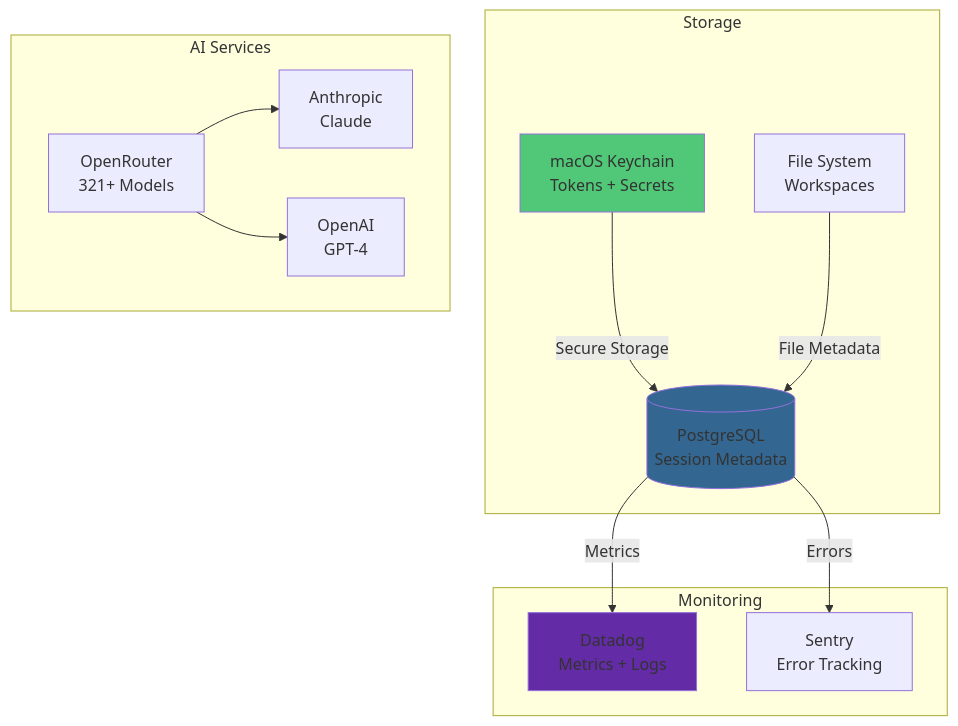
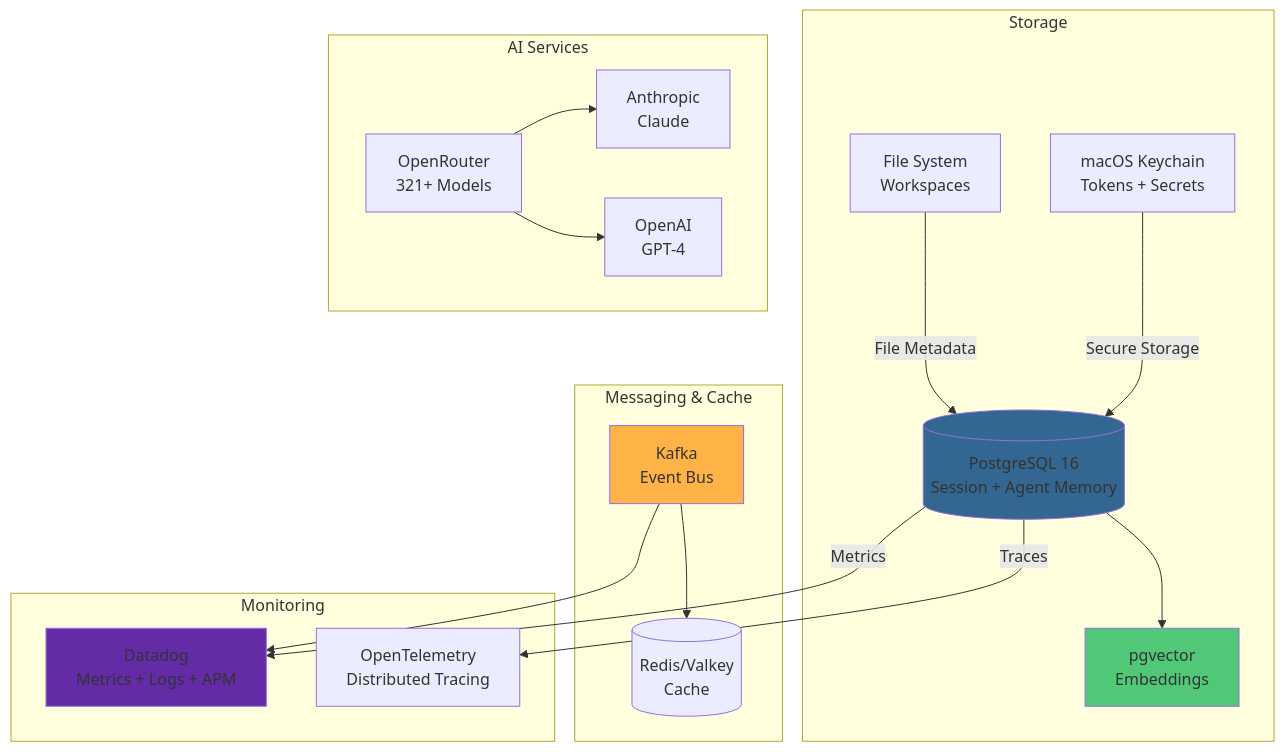
Before and after one commit to ryanmaclean/vibecode-webgui: diagram 16 of 21 in docs/ARCHITECTURE_DIAGRAM.md, drawn with Mermaid. The commit also changed other lines of this file and 5 other files, not shown here.

First line of the commit message:
auto-claude: 082-document-system-architecture-and-component-relatio (#2059)

````diff
--- a/docs/ARCHITECTURE_DIAGRAM.md
+++ b/docs/ARCHITECTURE_DIAGRAM.md
@@ -511,30 +722,40 @@
 ```mermaid
 graph TB
     subgraph "Storage"
         KEYCHAIN[macOS Keychain<br/>Tokens + Secrets]
         FS[File System<br/>Workspaces]
-        POSTGRES[(PostgreSQL<br/>Session Metadata)]
+        POSTGRES[(PostgreSQL 16<br/>Session + Agent Memory)]
+        PGVECTOR[pgvector<br/>Embeddings]
+    end
+
+    subgraph "Messaging & Cache"
+        KAFKA[Kafka<br/>Event Bus]
+        REDIS[(Redis/Valkey<br/>Cache)]
     end
 
     subgraph "Monitoring"
-        DATADOG[Datadog<br/>Metrics + Logs]
-        SENTRY[Sentry<br/>Error Tracking]
+        DATADOG[Datadog<br/>Metrics + Logs + APM]
+        OTEL[OpenTelemetry<br/>Distributed Tracing]
     end
 
     subgraph "AI Services"
         OPENROUTER[OpenRouter<br/>321+ Models]
         ANTHROPIC[Anthropic<br/>Claude]
         OPENAI[OpenAI<br/>GPT-4]
     end
 
     KEYCHAIN --> |Secure Storage| POSTGRES
     FS --> |File Metadata| POSTGRES
+    POSTGRES --> PGVECTOR
     POSTGRES --> |Metrics| DATADOG
-    POSTGRES --> |Errors| SENTRY
+    POSTGRES --> |Traces| OTEL
+    KAFKA --> REDIS
+    KAFKA --> DATADOG
     OPENROUTER --> ANTHROPIC
     OPENROUTER --> OPENAI
 
-    style KEYCHAIN fill:#50C878
     style POSTGRES fill:#336791
+    style KAFKA fill:#FFB347
     style DATADOG fill:#632CA6
+    style PGVECTOR fill:#50C878
 ```
````
